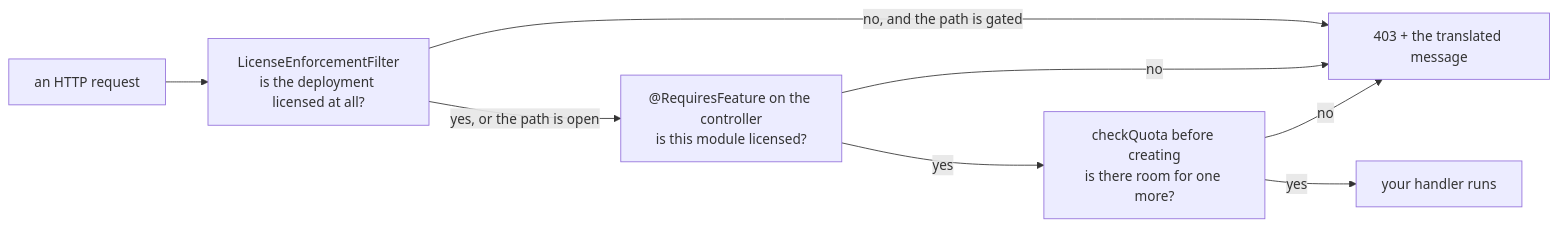
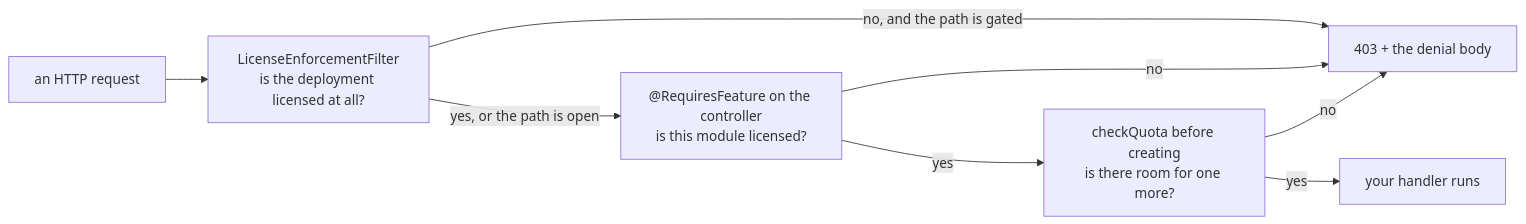
Before and after one commit to accesscore-dev/accesscore-license-sdk-dist: the second of 2 diagrams in docs/manual/en/java.md, drawn with Mermaid. The commit also changed other lines of this file and 28 other files, not shown here.

````diff
--- a/docs/manual/en/java.md
+++ b/docs/manual/en/java.md
@@ -219,10 +283,10 @@
 ```mermaid
 flowchart LR
     R[an HTTP request] --> F[LicenseEnforcementFilter<br/>is the deployment licensed at all?]
-    F -->|no, and the path is gated| X403[403 + the translated message]
+    F -->|no, and the path is gated| X403[403 + the denial body]
     F -->|yes, or the path is open| A["@RequiresFeature on the controller<br/>is this module licensed?"]
     A -->|no| X403
     A -->|yes| Q[checkQuota before creating<br/>is there room for one more?]
     Q -->|no| X403
     Q -->|yes| H[your handler runs]
 ```
````
